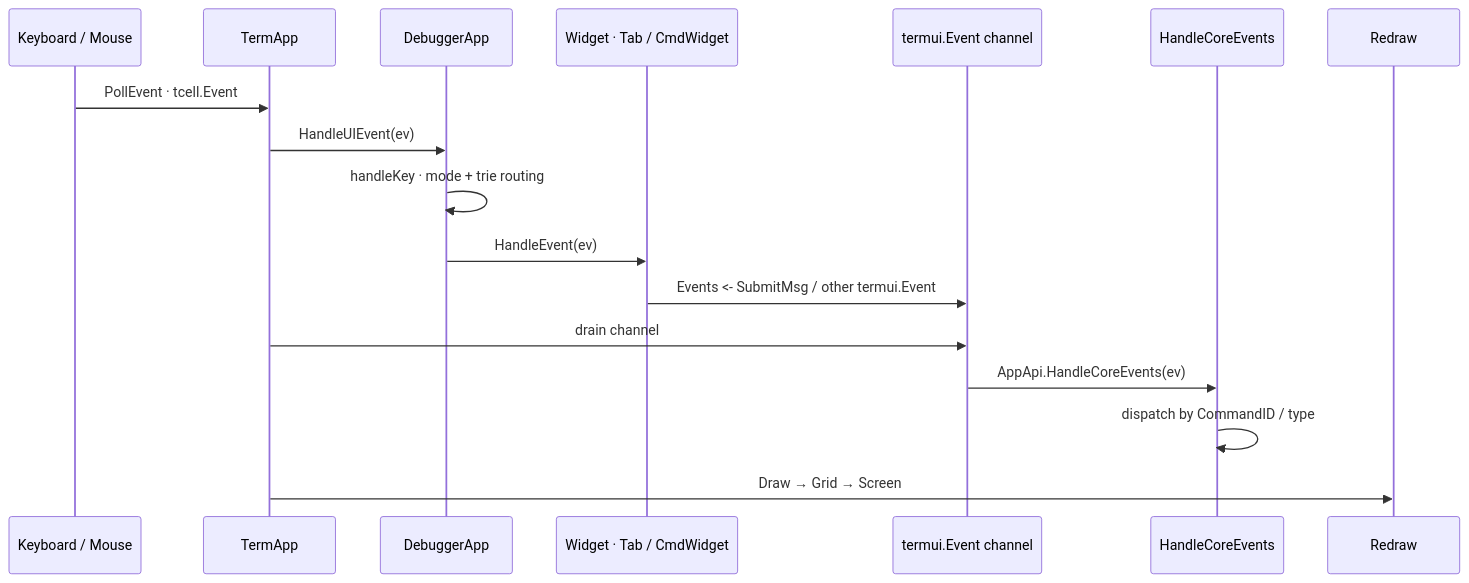
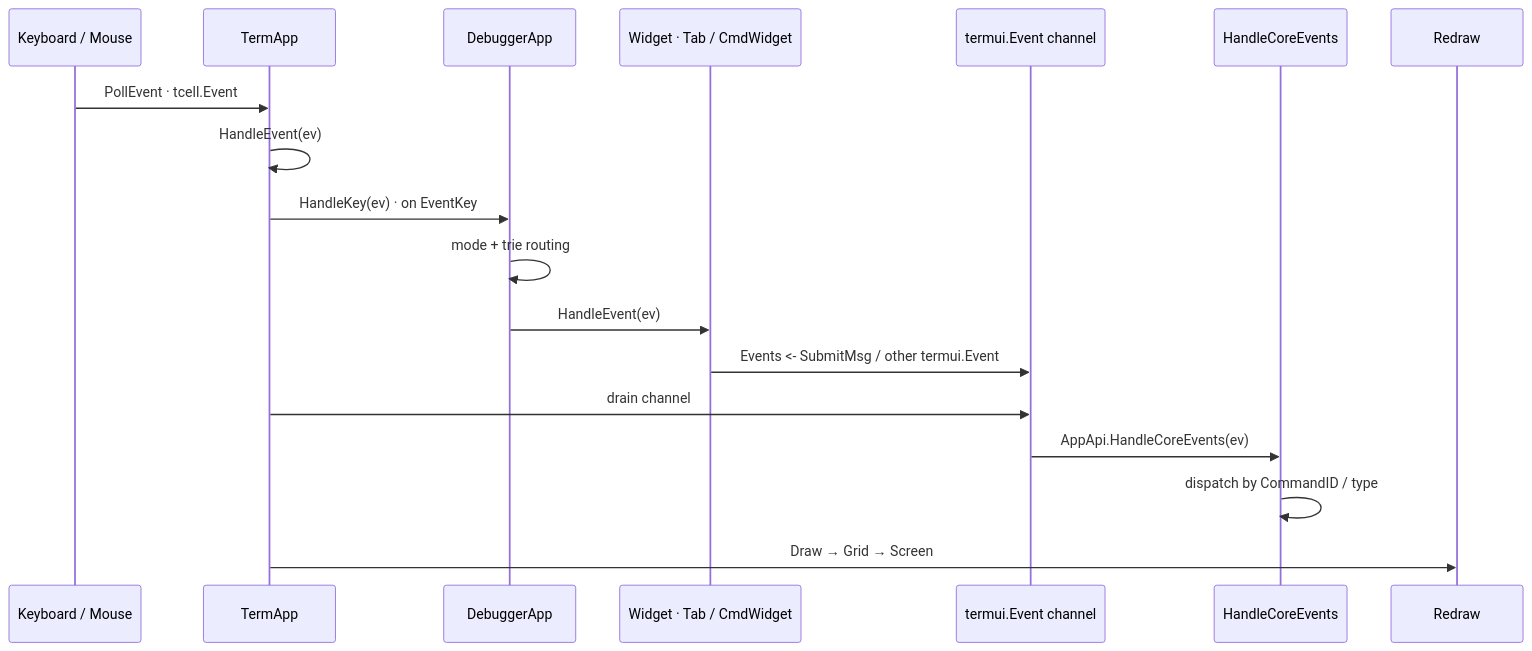
Before and after one commit to yairgd/gdbforge: the third of 7 diagrams in docs/ARCHITECTURE.md, drawn with Mermaid. The commit also changed other lines of this file and 11 other files, not shown here.

````diff
--- a/docs/ARCHITECTURE.md
+++ b/docs/ARCHITECTURE.md
@@ -115,20 +115,21 @@
 ```mermaid
 sequenceDiagram
     participant Input as Keyboard / Mouse
     participant App as TermApp
     participant Dbg as DebuggerApp
     participant Widget as Widget · Tab / CmdWidget
     participant Bus as termui.Event channel
     participant Core as HandleCoreEvents
     participant Render as Redraw
 
     Input ->> App: PollEvent · tcell.Event
-    App ->> Dbg: HandleUIEvent(ev)
-    Dbg ->> Dbg: handleKey · mode + trie routing
+    App ->> App: HandleEvent(ev)
+    App ->> Dbg: HandleKey(ev) · on EventKey
+    Dbg ->> Dbg: mode + trie routing
     Dbg ->> Widget: HandleEvent(ev)
     Widget ->> Bus: Events <- SubmitMsg / other termui.Event
     App ->> Bus: drain channel
     Bus ->> Core: AppApi.HandleCoreEvents(ev)
     Core ->> Core: dispatch by CommandID / type
     App ->> Render: Draw → Grid → Screen
 ```
````
